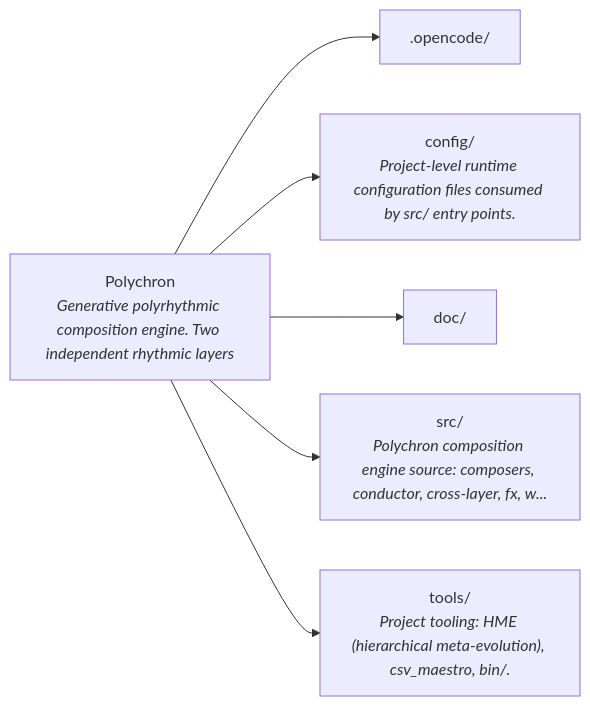
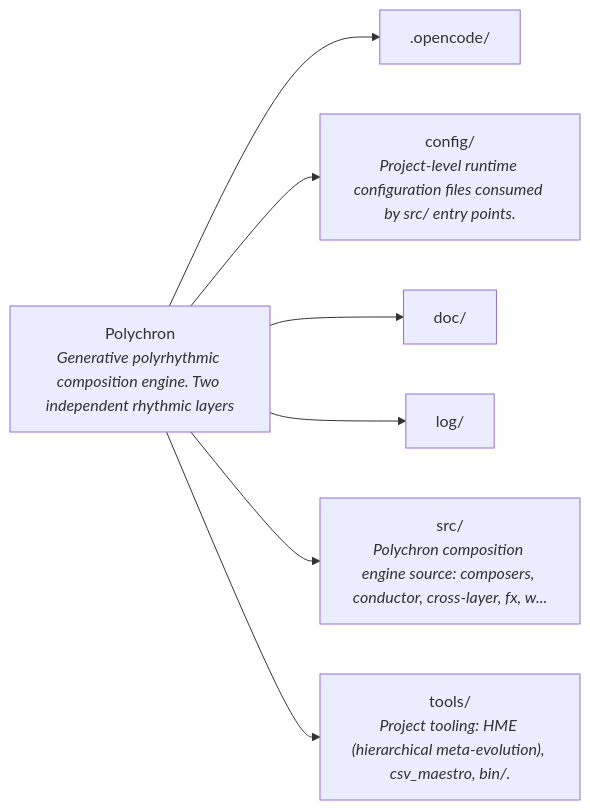
Before and after one commit to PolychronMidi/Polychron: the first of 6 diagrams in README.md, drawn with Mermaid. The commit also changed other lines of this file and 1 other file, not shown here.

````diff
--- a/README.md
+++ b/README.md
@@ -58,14 +58,16 @@
 ```mermaid
 flowchart LR
     root["Polychron<br/><i>Generative polyrhythmic composition engine. Two independent rhythmic layers</i>"]
     _opencode[".opencode/"]
     root --> _opencode
     config["config/<br/><i>Project-level runtime configuration files consumed by src/ entry points.</i>"]
     root --> config
     doc["doc/"]
     root --> doc
+    log["log/"]
+    root --> log
     src["src/<br/><i>Polychron composition engine source: composers, conductor, cross-layer, fx, w...</i>"]
     root --> src
     tools["tools/<br/><i>Project tooling: HME (hierarchical meta-evolution), csv_maestro, bin/.</i>"]
     root --> tools
 ```
````
